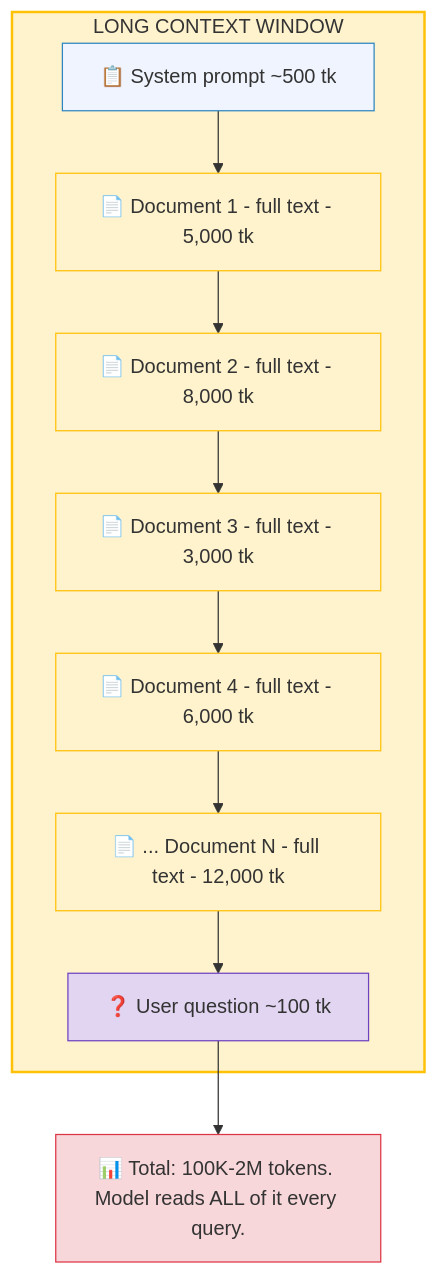
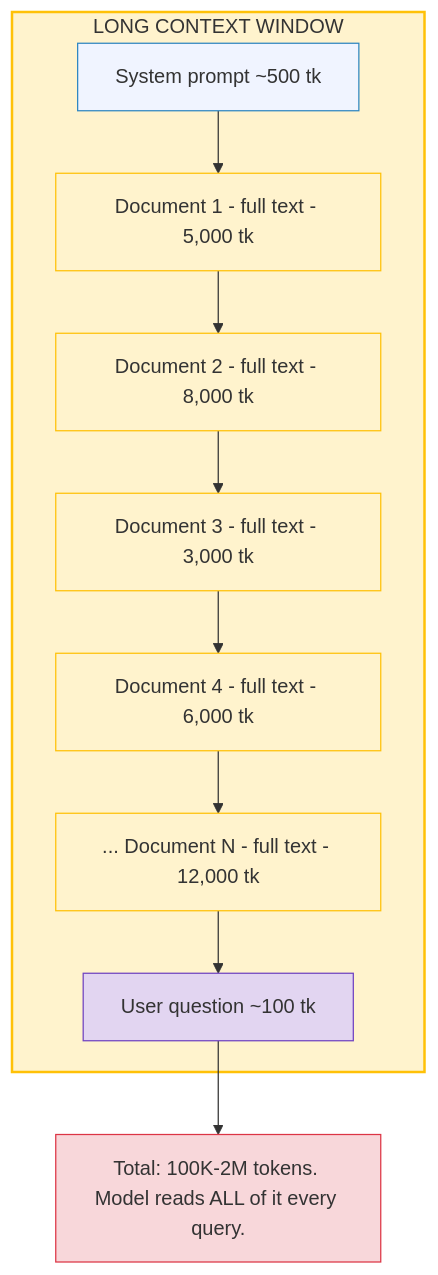
The first of 5 diagrams in docs/05-rag-vs-long-context.md (ithinktavo/GenAI-Engineering-Handbook), drawn with Mermaid before and after one commit. The commit also changed other lines of this file and 10 other files, not shown here.

Commit message:
Diagram updates

````diff
--- a/docs/05-rag-vs-long-context.md
+++ b/docs/05-rag-vs-long-context.md
@@ -23,27 +23,27 @@
 ```mermaid
 graph TD
     subgraph LC["LONG CONTEXT WINDOW"]
-        S["📋 System prompt ~500 tk"]
-        D1["📄 Document 1 - full text - 5,000 tk"]
-        D2["📄 Document 2 - full text - 8,000 tk"]
-        D3["📄 Document 3 - full text - 3,000 tk"]
-        D4["📄 Document 4 - full text - 6,000 tk"]
-        DN["📄 ... Document N - full text - 12,000 tk"]
-        UQ["❓ User question ~100 tk"]
+        S["System prompt ~500 tk"]
+        D1["Document 1 - full text - 5,000 tk"]
+        D2["Document 2 - full text - 8,000 tk"]
+        D3["Document 3 - full text - 3,000 tk"]
+        D4["Document 4 - full text - 6,000 tk"]
+        DN["... Document N - full text - 12,000 tk"]
+        UQ["User question ~100 tk"]
 
         S --> D1 --> D2 --> D3 --> D4 --> DN --> UQ
     end
 
-    T["📊 Total: 100K-2M tokens. Model reads ALL of it every query."]
+    T["Total: 100K-2M tokens. Model reads ALL of it every query."]
     UQ --> T
 
     style LC fill:#fff3cd,stroke:#ffc107,stroke-width:2px
     style S fill:#f0f4ff,stroke:#2E86C1
     style D1 fill:#fff3cd,stroke:#ffc107
     style D2 fill:#fff3cd,stroke:#ffc107
     style D3 fill:#fff3cd,stroke:#ffc107
     style D4 fill:#fff3cd,stroke:#ffc107
     style DN fill:#fff3cd,stroke:#ffc107
     style UQ fill:#e2d5f1,stroke:#6f42c1
     style T fill:#f8d7da,stroke:#dc3545
 ```
````
